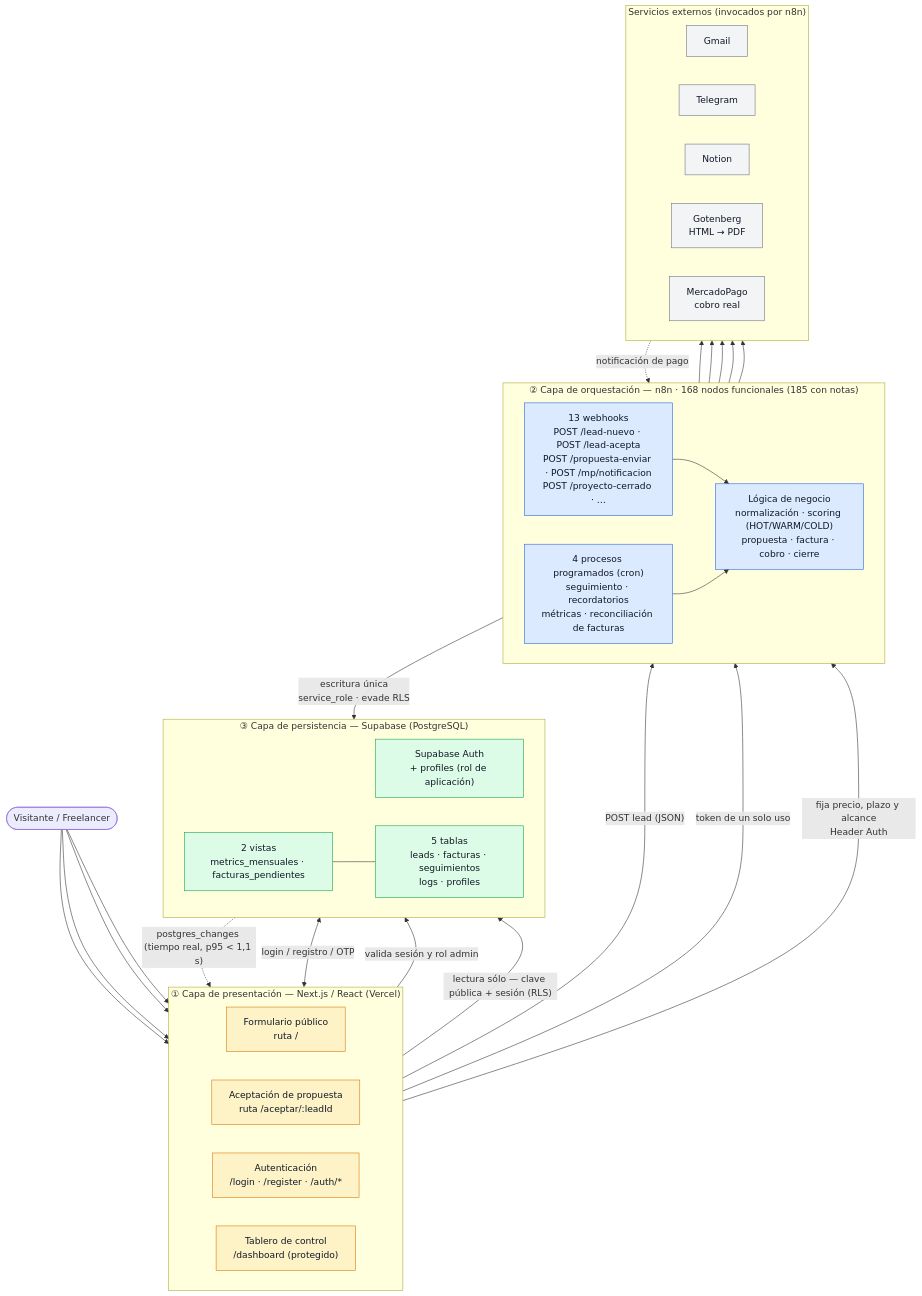
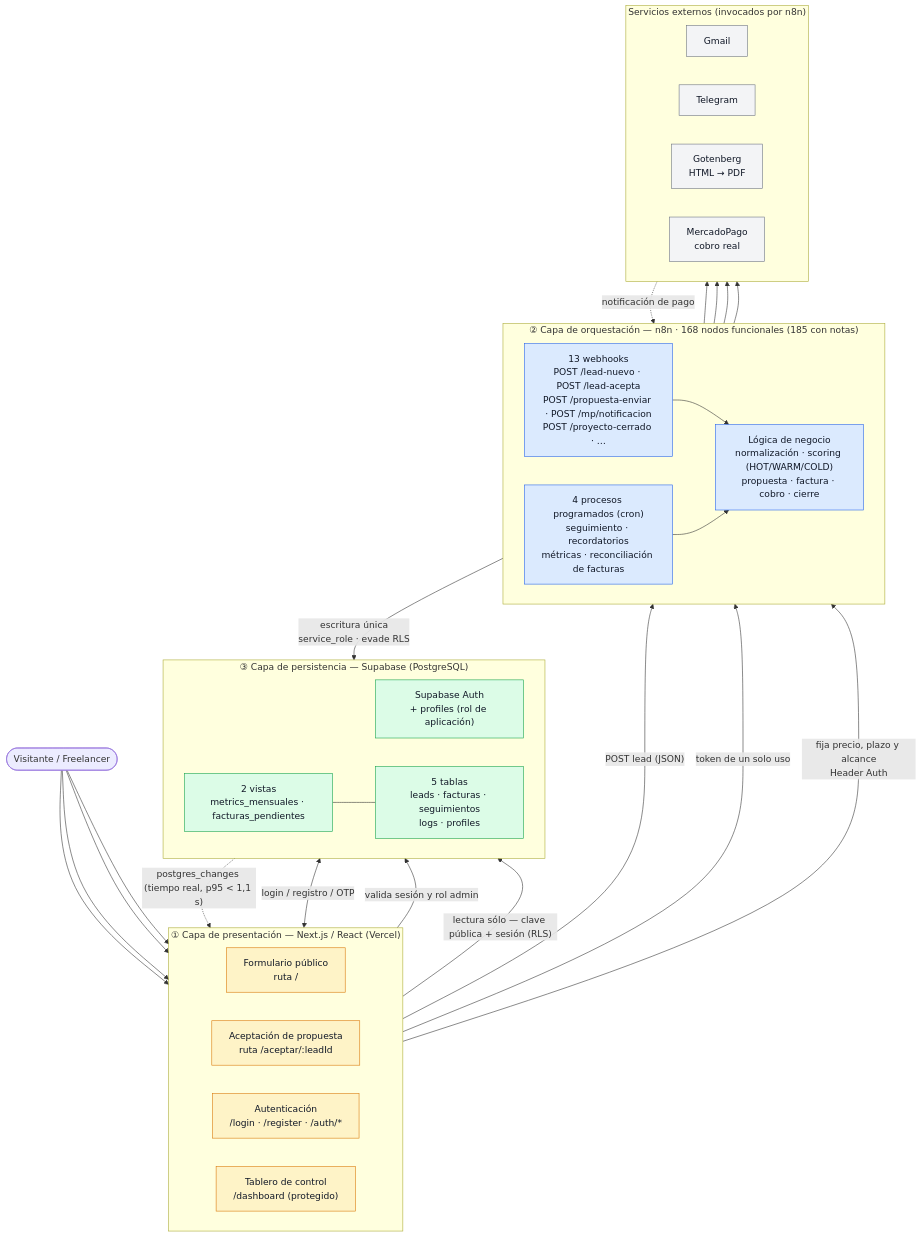
One commit to Boit-6/Tesis changed the diagram in FormularioLeads/docs/figura-1-arquitectura.mmd. Above: the diagram before and after it, drawn with Mermaid. The commit also changed 37 other files, not shown here.

```diff
--- a/FormularioLeads/docs/figura-1-arquitectura.mmd
+++ b/FormularioLeads/docs/figura-1-arquitectura.mmd
@@ -1,62 +1,61 @@
 flowchart TB
 %% Figura 1 — Arquitectura en tres capas (frontend -> n8n -> Supabase)
 %% Trabajo Final: Automatización del Ciclo de Vida del Cliente para Freelancers con n8n
 %% Cifras verificadas contra workflow/crm_postgres.json y db/schema.sql (26-ago-2026).
     U(["Visitante / Freelancer"])
 
     subgraph FE["① Capa de presentación — Next.js / React (Vercel)"]
         direction LR
         F1["Formulario público<br/>ruta /"]
         F2["Aceptación de propuesta<br/>ruta /aceptar/:leadId"]
         F3["Autenticación<br/>/login · /register · /auth/*"]
         F4["Tablero de control<br/>/dashboard (protegido)"]
     end
 
     subgraph N8N["② Capa de orquestación — n8n · 168 nodos funcionales (185 con notas)"]
         direction LR
         WH["13 webhooks<br/>POST /lead-nuevo · POST /lead-acepta<br/>POST /propuesta-enviar · POST /mp/notificacion<br/>POST /proyecto-cerrado · …"]
         LG["Lógica de negocio<br/>normalización · scoring (HOT/WARM/COLD)<br/>propuesta · factura · cobro · cierre"]
         CR["4 procesos programados (cron)<br/>seguimiento · recordatorios<br/>métricas · reconciliación de facturas"]
     end
 
     subgraph DB["③ Capa de persistencia — Supabase (PostgreSQL)"]
         direction LR
         AU["Supabase Auth<br/>+ profiles (rol de aplicación)"]
         TB["5 tablas<br/>leads · facturas · seguimientos<br/>logs · profiles"]
         VW["2 vistas<br/>metrics_mensuales · facturas_pendientes"]
     end
 
     subgraph EXT["Servicios externos (invocados por n8n)"]
         direction LR
         GM["Gmail"]
         TG["Telegram"]
-        NO["Notion"]
         GT["Gotenberg<br/>HTML → PDF"]
         MP["MercadoPago<br/>cobro real"]
     end
 
     U --> F1 & F2 & F3 & F4
 
     F1 -->|"POST lead (JSON)"| WH
     F2 -->|"token de un solo uso"| WH
     F4 -->|"fija precio, plazo y alcance<br/>Header Auth"| WH
     F3 <-->|"login / registro / OTP"| AU
     F4 -->|"valida sesión y rol admin"| AU
     F4 -->|"lectura sólo — clave pública + sesión (RLS)"| VW
     VW --- TB
     TB -. "postgres_changes (tiempo real, p95 &lt; 1,1 s)" .-> F4
 
     WH --> LG
     CR --> LG
     LG -->|"escritura única<br/>service_role · evade RLS"| TB
-    LG --> GM & TG & NO & GT & MP
+    LG --> GM & TG & GT & MP
     MP -. "notificación de pago" .-> WH
 
     classDef pres fill:#fef3c7,stroke:#d97706,color:#111827;
     classDef orch fill:#dbeafe,stroke:#2563eb,color:#111827;
     classDef data fill:#dcfce7,stroke:#16a34a,color:#111827;
     classDef ext  fill:#f3f4f6,stroke:#6b7280,color:#111827;
     class F1,F2,F3,F4 pres;
     class WH,LG,CR orch;
     class AU,TB,VW data;
-    class GM,TG,NO,GT,MP ext;
+    class GM,TG,GT,MP ext;
```
